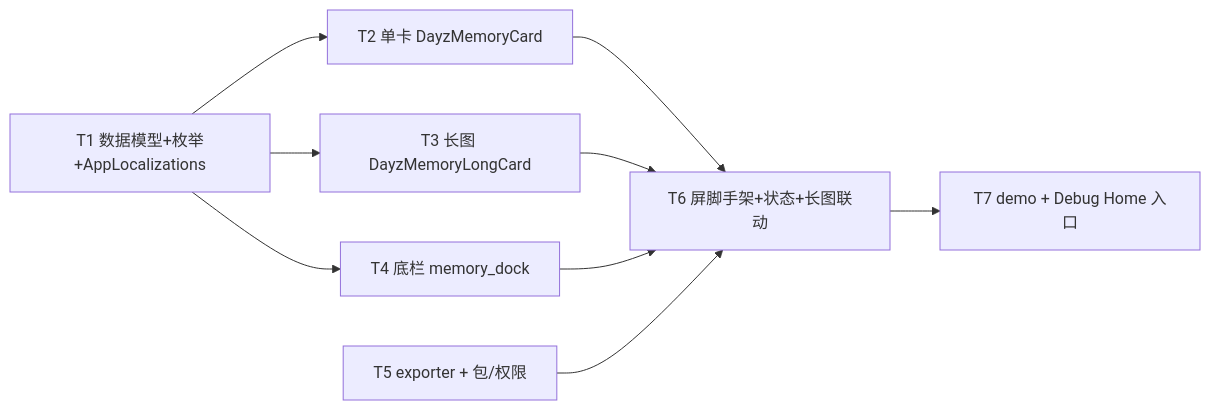
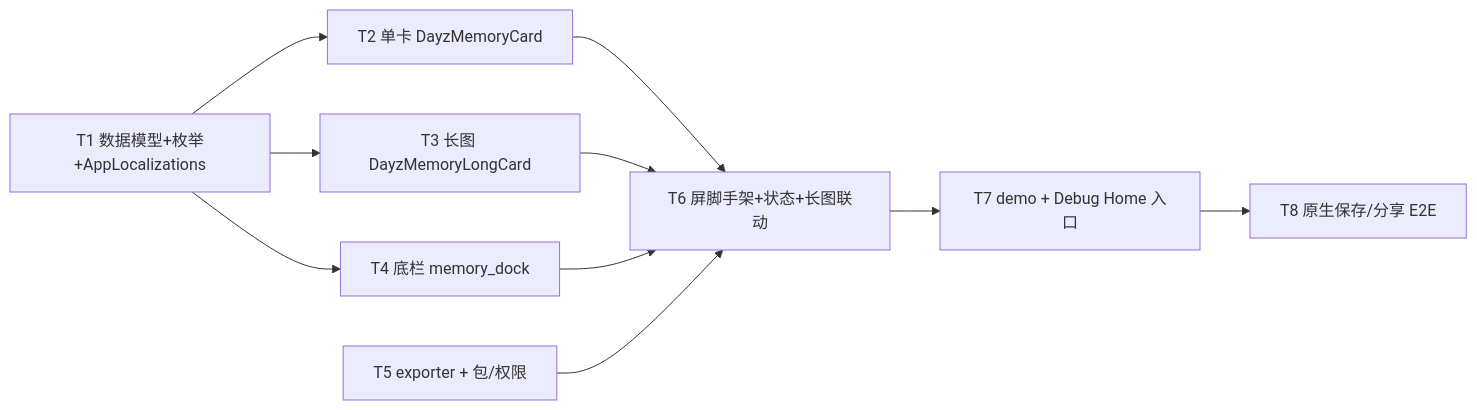
The diagram in specs/active/memory-card-export/tasks.md (cr1992/DayZ), drawn with Mermaid before and after one commit. The commit also changed other lines of this file and 10 other files, not shown here.

````diff
--- a/specs/active/memory-card-export/tasks.md
+++ b/specs/active/memory-card-export/tasks.md
@@ -13,12 +13,13 @@
 ```mermaid
 graph LR
   T1[T1 数据模型+枚举+AppLocalizations] --> T2[T2 单卡 DayzMemoryCard]
   T1 --> T3[T3 长图 DayzMemoryLongCard]
   T1 --> T4[T4 底栏 memory_dock]
   T5[T5 exporter + 包/权限]
   T2 --> T6[T6 屏脚手架+状态+长图联动]
   T3 --> T6
   T4 --> T6
   T5 --> T6
   T6 --> T7[T7 demo + Debug Home 入口]
+  T7 --> T8[T8 原生保存/分享 E2E]
 ```
````
